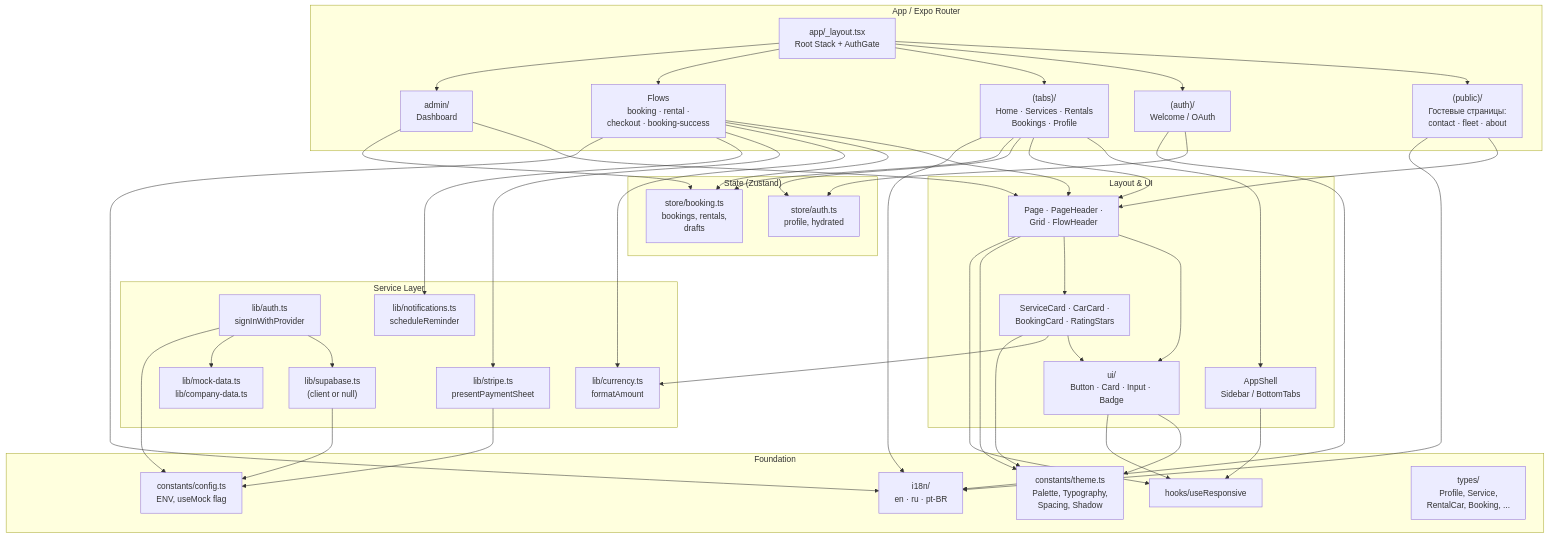
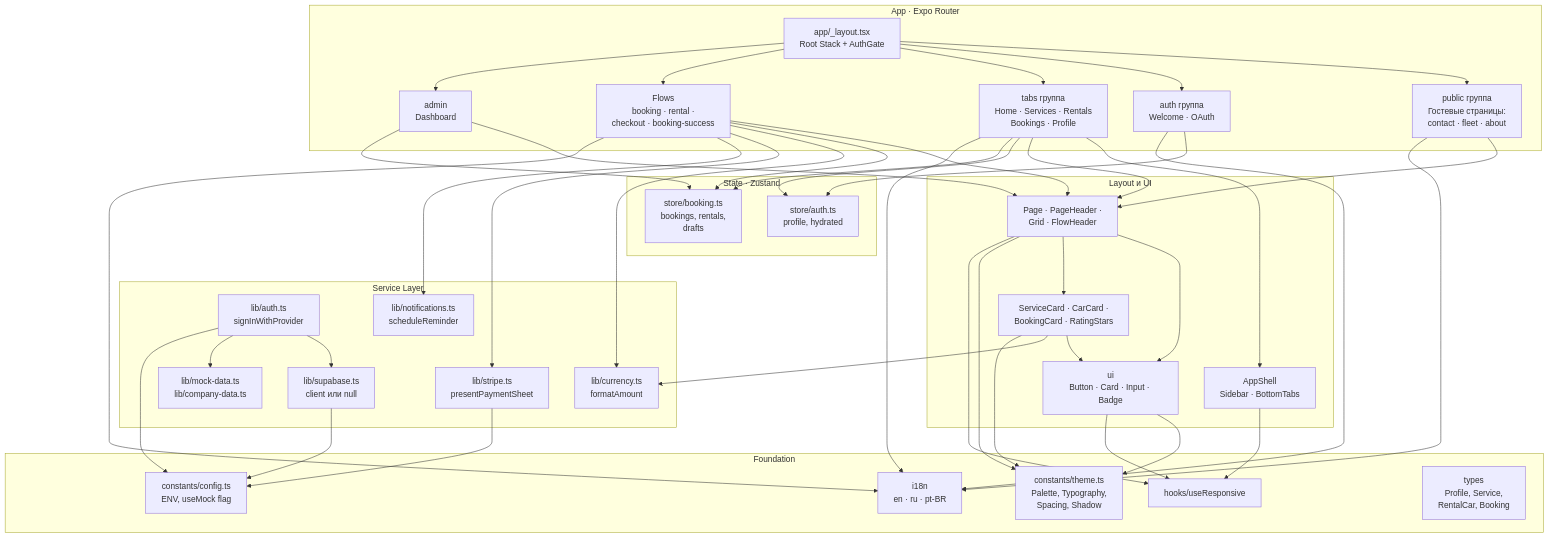
The third of 4 diagrams in docs/ARCHITECTURE.md (EvgenySherbakov/CarService1), drawn with Mermaid before and after one commit. The commit also changed other lines of this file, not shown here.

First line of the commit message:
fix(docs): make ARCHITECTURE.md Mermaid diagrams render on GitHub

````diff
--- a/docs/ARCHITECTURE.md
+++ b/docs/ARCHITECTURE.md
@@ -123,28 +123,28 @@
 ```mermaid
 graph TB
-    subgraph "App / Expo Router"
+    subgraph router["App · Expo Router"]
         Root["app/_layout.tsx<br/>Root Stack + AuthGate"]
-        Public["(public)/<br/>Гостевые страницы:<br/>contact · fleet · about"]
-        Auth["(auth)/<br/>Welcome / OAuth"]
-        Tabs["(tabs)/<br/>Home · Services · Rentals<br/>Bookings · Profile"]
+        Public["public группа<br/>Гостевые страницы:<br/>contact · fleet · about"]
+        Auth["auth группа<br/>Welcome · OAuth"]
+        Tabs["tabs группа<br/>Home · Services · Rentals<br/>Bookings · Profile"]
         Flows["Flows<br/>booking · rental ·<br/>checkout · booking-success"]
-        Admin["admin/<br/>Dashboard"]
+        Admin["admin<br/>Dashboard"]
     end
 
-    subgraph "Layout & UI"
-        Shell["AppShell<br/>Sidebar / BottomTabs"]
+    subgraph ui_layer["Layout и UI"]
+        Shell["AppShell<br/>Sidebar · BottomTabs"]
         Layout["Page · PageHeader ·<br/>Grid · FlowHeader"]
-        UI["ui/<br/>Button · Card · Input · Badge"]
+        UI["ui<br/>Button · Card · Input · Badge"]
         Cards["ServiceCard · CarCard ·<br/>BookingCard · RatingStars"]
     end
 
-    subgraph "State (Zustand)"
+    subgraph state["State · Zustand"]
         AuthStore["store/auth.ts<br/>profile, hydrated"]
         BookingStore["store/booking.ts<br/>bookings, rentals,<br/>drafts"]
     end
 
-    subgraph "Service Layer"
-        SupaLib["lib/supabase.ts<br/>(client or null)"]
+    subgraph services["Service Layer"]
+        SupaLib["lib/supabase.ts<br/>client или null"]
         AuthLib["lib/auth.ts<br/>signInWithProvider"]
         StripeLib["lib/stripe.ts<br/>presentPaymentSheet"]
         Currency["lib/currency.ts<br/>formatAmount"]
@@ -152,12 +152,12 @@
         Mock["lib/mock-data.ts<br/>lib/company-data.ts"]
     end
 
-    subgraph "Foundation"
+    subgraph foundation["Foundation"]
         Theme["constants/theme.ts<br/>Palette, Typography,<br/>Spacing, Shadow"]
         Config["constants/config.ts<br/>ENV, useMock flag"]
-        I18n["i18n/<br/>en · ru · pt-BR"]
+        I18n["i18n<br/>en · ru · pt-BR"]
         Hooks["hooks/useResponsive"]
-        Types["types/<br/>Profile, Service,<br/>RentalCar, Booking, ..."]
+        Types["types<br/>Profile, Service,<br/>RentalCar, Booking"]
     end
 
     Root --> Public
````
